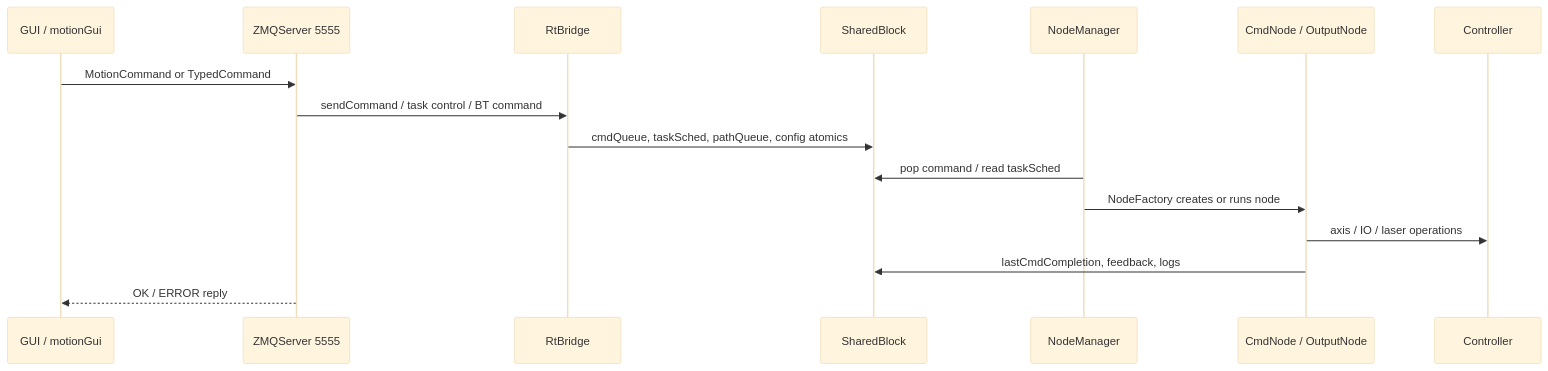
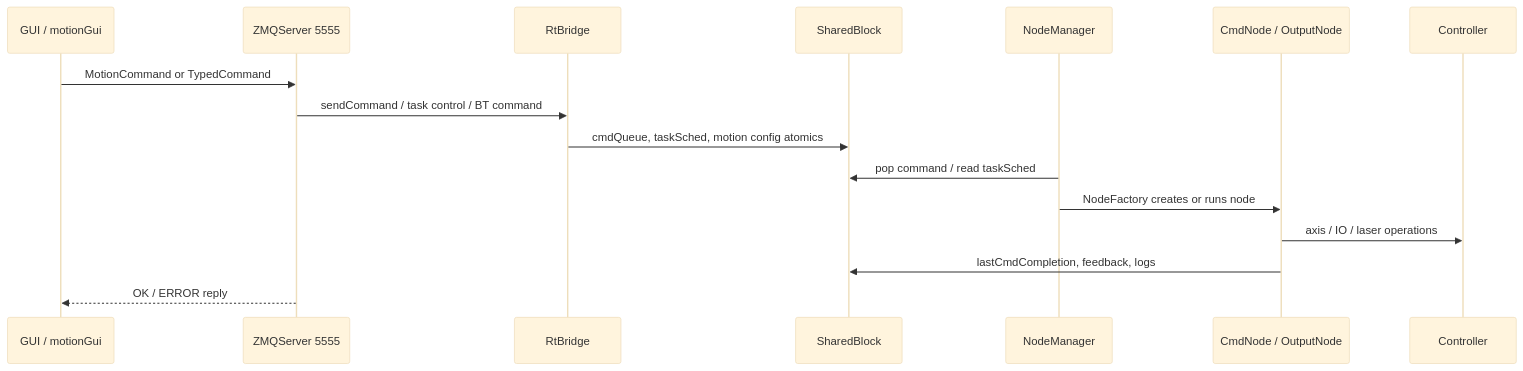
The third of 6 diagrams in docs/architecture-analysis.md (jadenzhangrobot/zrcs), drawn with Mermaid (base theme) before and after one commit. The commit also changed other lines of this file and 1286 other files, not shown here.

````diff
--- a/docs/architecture-analysis.md
+++ b/docs/architecture-analysis.md
@@ -107,19 +107,19 @@
 ```mermaid
 sequenceDiagram
     participant GUI as GUI / motionGui
     participant ZMQ as ZMQServer 5555
     participant Bridge as RtBridge
     participant SHM as SharedBlock
     participant RT as NodeManager
     participant Node as CmdNode / OutputNode
     participant HW as Controller
 
     GUI->>ZMQ: MotionCommand or TypedCommand
     ZMQ->>Bridge: sendCommand / task control / BT command
-    Bridge->>SHM: cmdQueue, taskSched, pathQueue, config atomics
+    Bridge->>SHM: cmdQueue, taskSched, motion config atomics
     RT->>SHM: pop command / read taskSched
     RT->>Node: NodeFactory creates or runs node
     Node->>HW: axis / IO / laser operations
     Node->>SHM: lastCmdCompletion, feedback, logs
     ZMQ-->>GUI: OK / ERROR reply
 ```
````
